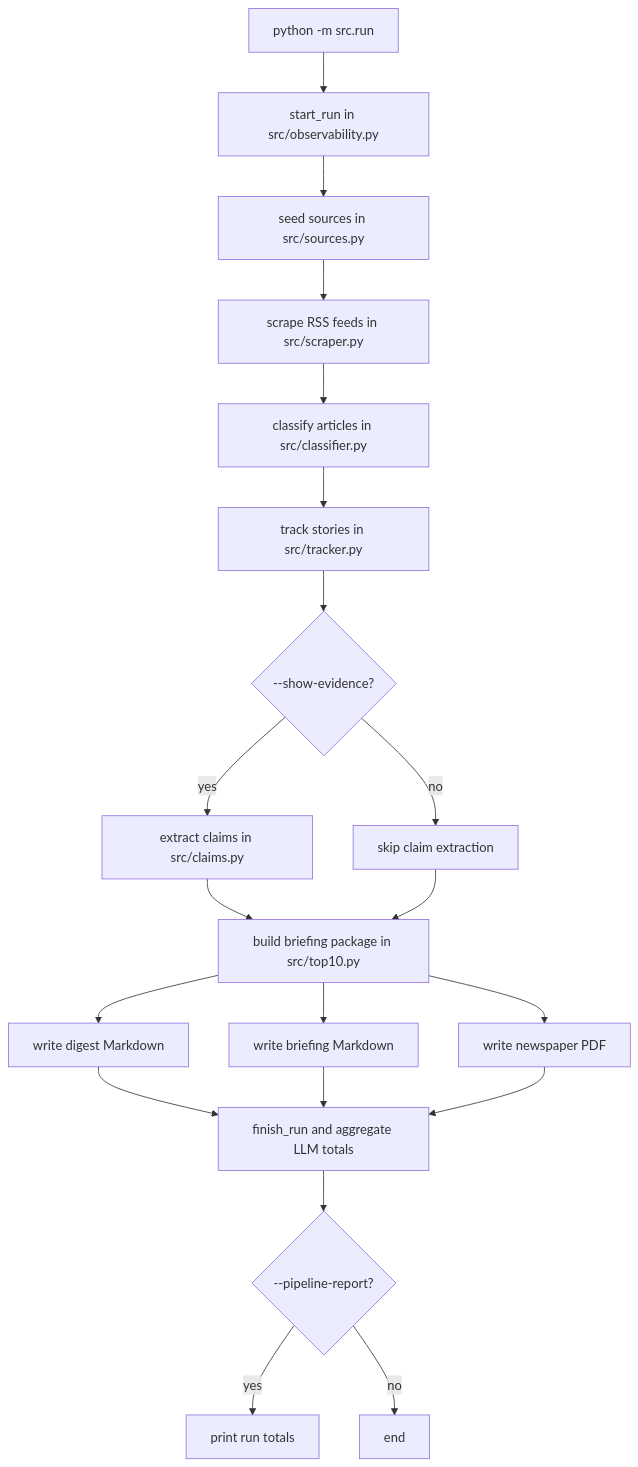
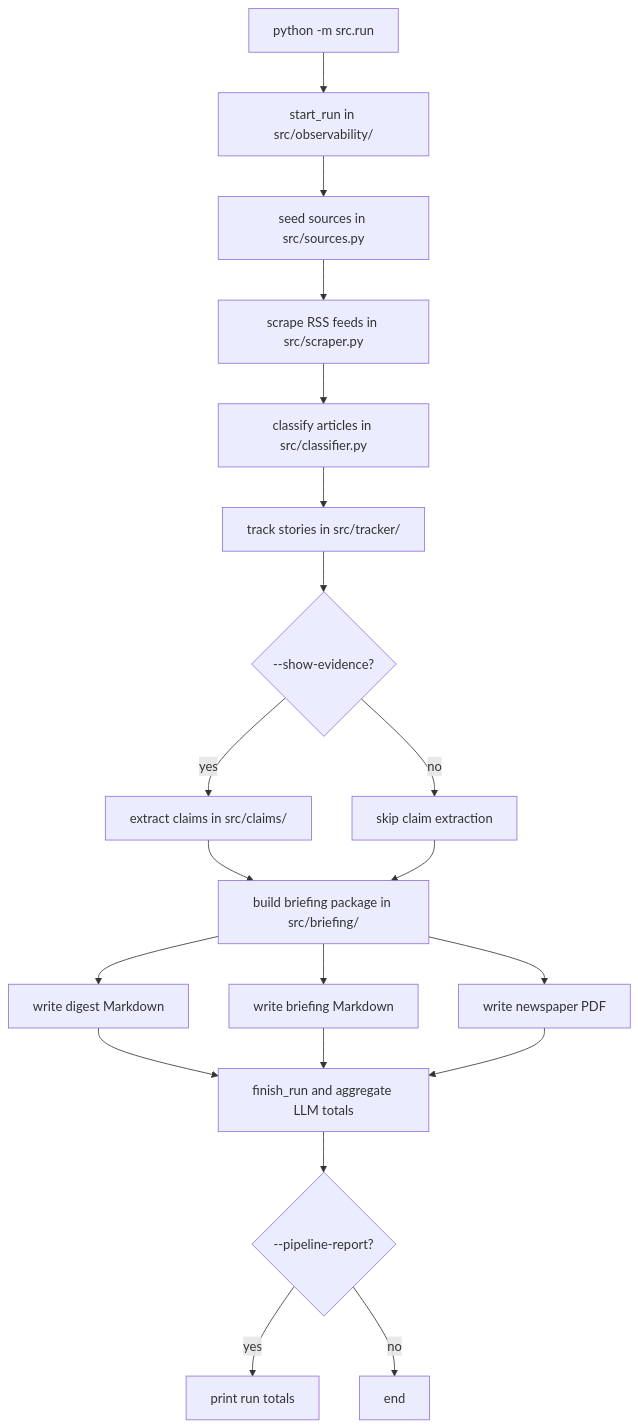
The second of 5 diagrams in docs/how-it-works.md (MecGlandorff/News), drawn with Mermaid before and after one commit. The commit also changed other lines of this file and 9 other files, not shown here.

Commit message:
docs: record domain package architecture

````diff
--- a/docs/how-it-works.md
+++ b/docs/how-it-works.md
@@ -57,22 +57,22 @@
 ```mermaid
 flowchart TD
-    A[python -m src.run] --> B[start_run in src/observability.py]
+    A[python -m src.run] --> B[start_run in src/observability/]
     B --> C[seed sources in src/sources.py]
     C --> D[scrape RSS feeds in src/scraper.py]
     D --> E[classify articles in src/classifier.py]
-    E --> F[track stories in src/tracker.py]
+    E --> F[track stories in src/tracker/]
     F --> G{"--show-evidence?"}
-    G -- yes --> H[extract claims in src/claims.py]
+    G -- yes --> H[extract claims in src/claims/]
     G -- no --> I[skip claim extraction]
-    H --> J[build briefing package in src/top10.py]
+    H --> J[build briefing package in src/briefing/]
     I --> J
     J --> K[write digest Markdown]
     J --> L[write briefing Markdown]
     J --> M[write newspaper PDF]
     K --> N[finish_run and aggregate LLM totals]
     L --> N
     M --> N
     N --> O{"--pipeline-report?"}
     O -- yes --> P[print run totals]
     O -- no --> Q[end]
 ```
````
